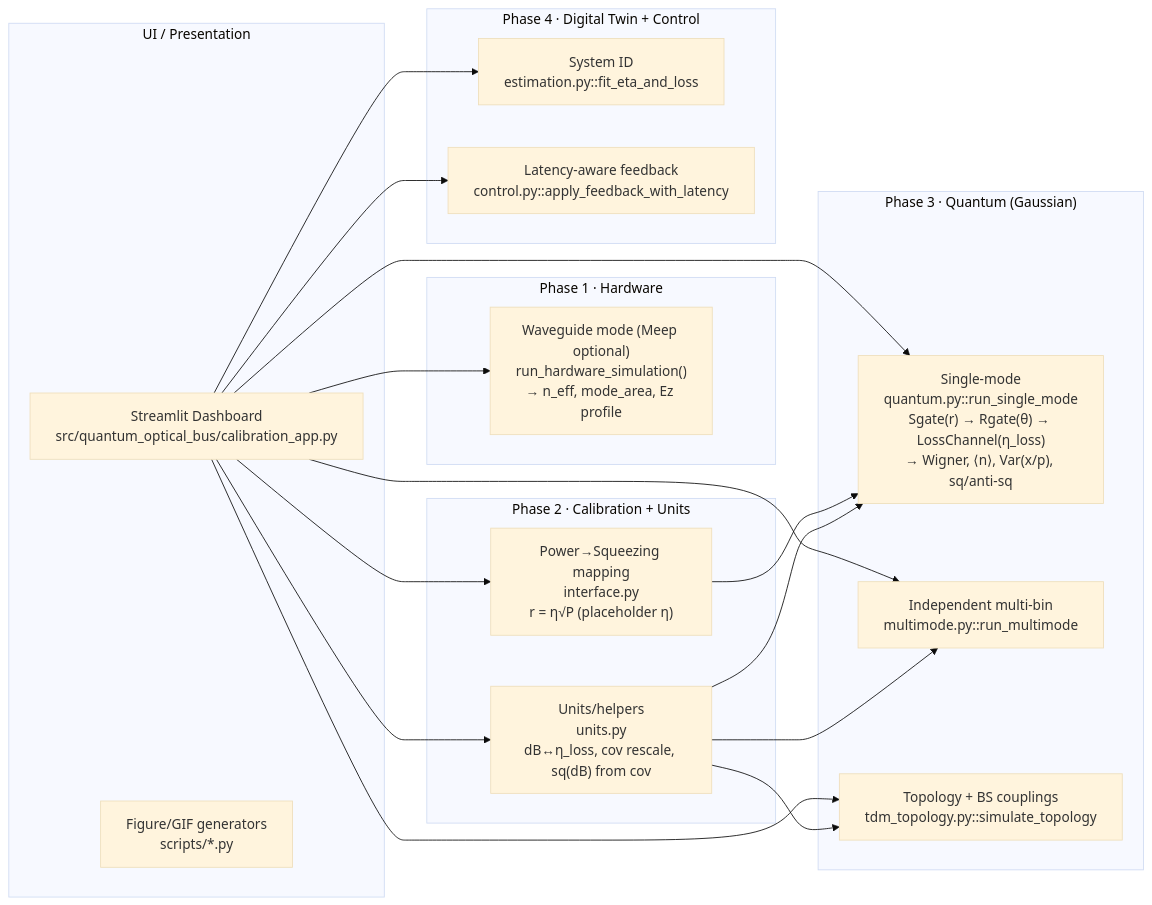
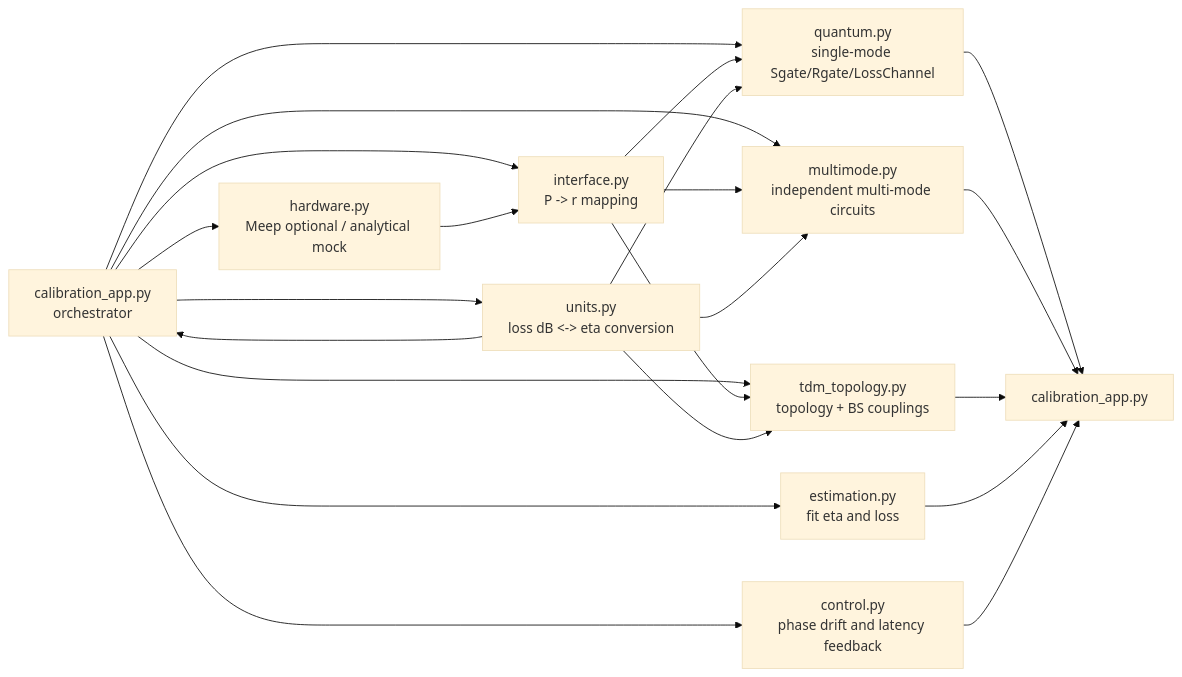
Before and after one commit to KumaHoon/Quantum-Optical-Bus-Simulation: the diagram in README.md, drawn with Mermaid (base theme). The commit also changed other lines of this file and 38 other files, not shown here.

````diff
--- a/README.md
+++ b/README.md
@@ -23,41 +35,37 @@
 ```mermaid
 flowchart LR
-  subgraph UI["UI / Presentation"]
-    APP["Streamlit Dashboard\nsrc/quantum_optical_bus/calibration_app.py"]
-    FIG["Figure/GIF generators\nscripts/*.py"]
-  end
-
-  subgraph HW["Phase 1 · Hardware"]
-    H["Waveguide mode (Meep optional)\nrun_hardware_simulation()\n→ n_eff, mode_area, Ez profile"]
-  end
-
-  subgraph CAL["Phase 2 · Calibration + Units"]
-    I["Power→Squeezing mapping\ninterface.py\nr = η√P (placeholder η)"]
-    U["Units/helpers\nunits.py\ndB↔η_loss, cov rescale, sq(dB) from cov"]
-  end
-
-  subgraph QM["Phase 3 · Quantum (Gaussian)"]
-    Q1["Single-mode\nquantum.py::run_single_mode\nSgate(r) → Rgate(θ) → LossChannel(η_loss)\n→ Wigner, ⟨n⟩, Var(x/p), sq/anti-sq"]
-    Q2["Independent multi-bin\nmultimode.py::run_multimode"]
-    Q3["Topology + BS couplings\ntdm_topology.py::simulate_topology"]
-  end
-
-  subgraph DT["Phase 4 · Digital Twin + Control"]
-    E["System ID\nestimation.py::fit_eta_and_loss"]
-    C["Latency-aware feedback\ncontrol.py::apply_feedback_with_latency"]
-  end
+  APP["calibration_app.py<br/>orchestrator"]
+  H["hardware.py<br/>Meep optional / analytical mock"]
+  I["interface.py<br/>P -> r mapping"]
+  U["units.py<br/>loss dB <-> eta conversion"]
+  Q["quantum.py<br/>single-mode Sgate/Rgate/LossChannel"]
+  M["multimode.py<br/>independent multi-mode circuits"]
+  T["tdm_topology.py<br/>topology + BS couplings"]
+  E["estimation.py<br/>fit eta and loss"]
+  C["control.py<br/>phase drift and latency feedback"]
+  L["calibration_app.py"]
 
   APP --> H
   APP --> I
   APP --> U
-  APP --> Q1
-  APP --> Q2
-  APP --> Q3
+  APP --> Q
+  APP --> M
+  APP --> T
   APP --> E
   APP --> C
 
-  I --> Q1
-  U --> Q1
-  U --> Q2
-  U --> Q3
+  H --> I
+  I --> Q
+  I --> M
+  I --> T
+  U --> APP
+  U --> Q
+  U --> M
+  U --> T
+
+  Q --> L
+  M --> L
+  T --> L
+  E --> L
+  C --> L
 ```
````
